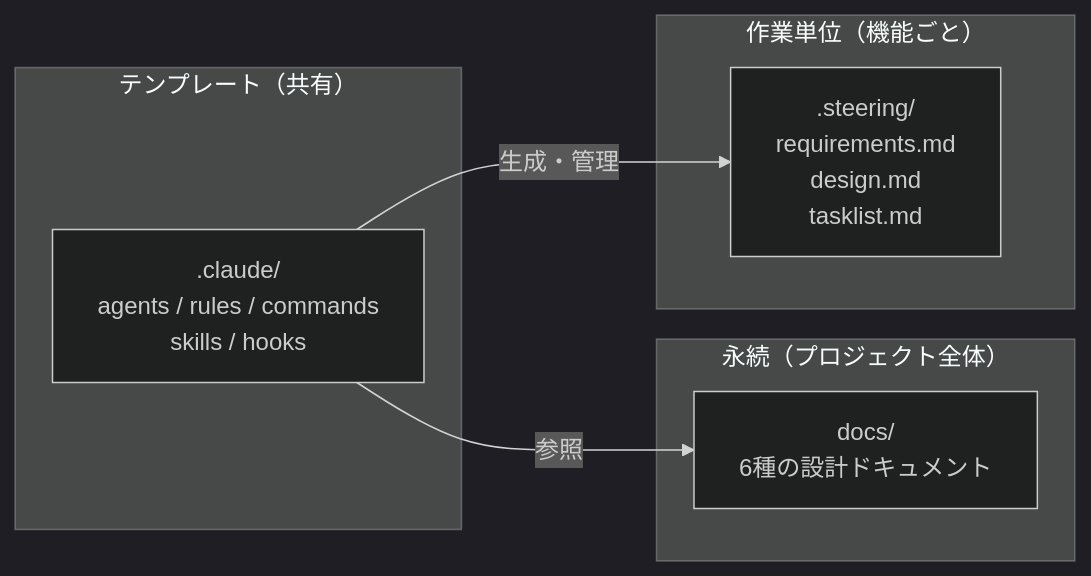
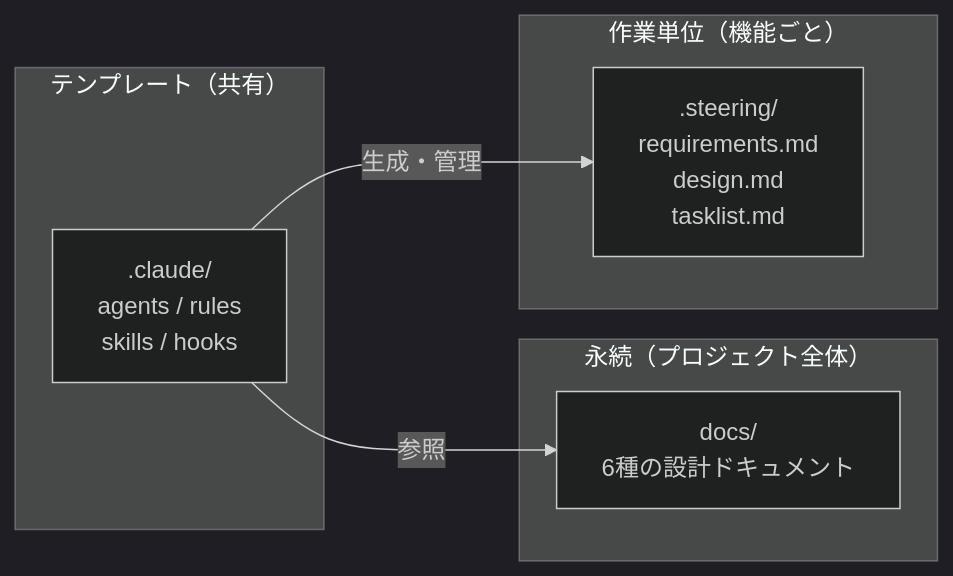
Before and after one commit to sdaigo/deck: the fifth of 6 diagrams in README.md, drawn with Mermaid (dark theme). The commit also changed other lines of this file and 38 other files, not shown here.

First line of the commit message:
refactor: migrate commands to skills and apply best practices

````diff
--- a/README.md
+++ b/README.md
@@ -115,17 +114,17 @@
 ```mermaid
 graph LR
     subgraph "永続（プロジェクト全体）"
         DOCS["docs/<br/>6種の設計ドキュメント"]
     end
 
     subgraph "作業単位（機能ごと）"
         ST[".steering/<br/>requirements.md<br/>design.md<br/>tasklist.md"]
     end
 
     subgraph "テンプレート（共有）"
-        CL[".claude/<br/>agents / rules / commands<br/>skills / hooks"]
+        CL[".claude/<br/>agents / rules<br/>skills / hooks"]
     end
 
     CL -->|参照| DOCS
     CL -->|生成・管理| ST
 ```
````
